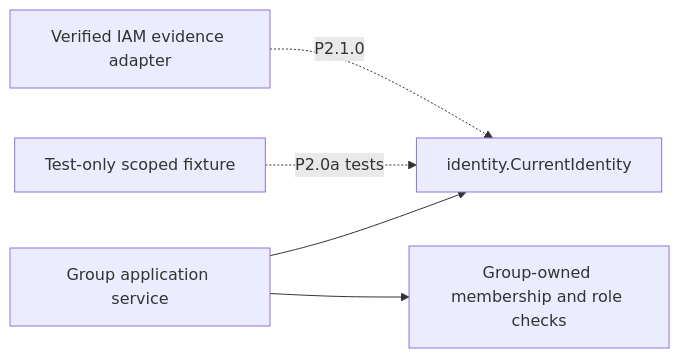
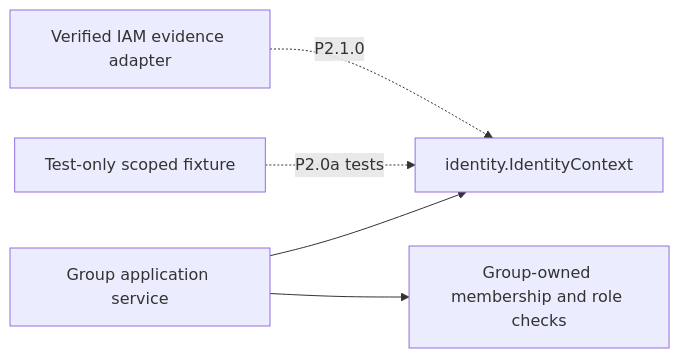
The diagram in docs/internal/tasks/p2.0a-identity-contract/specification.md (frederik-hoeft/min-favs-sharewise), drawn with Mermaid before and after one commit. The commit also changed other lines of this file and 1 other file, not shown here.

Commit message:
P2.0a: Rename current identity contract to IdentityContext

````diff
--- a/docs/internal/tasks/p2.0a-identity-contract/specification.md
+++ b/docs/internal/tasks/p2.0a-identity-contract/specification.md
@@ -39,7 +52,7 @@
 ```mermaid
 flowchart LR
-    G[Group application service] --> I[identity.CurrentIdentity]
+    G[Group application service] --> I[identity.IdentityContext]
     T[Test-only scoped fixture] -.->|P2.0a tests| I
     P[Verified IAM evidence adapter] -.->|P2.1.0| I
     G --> L[Group-owned membership and role checks]
 ```
````
